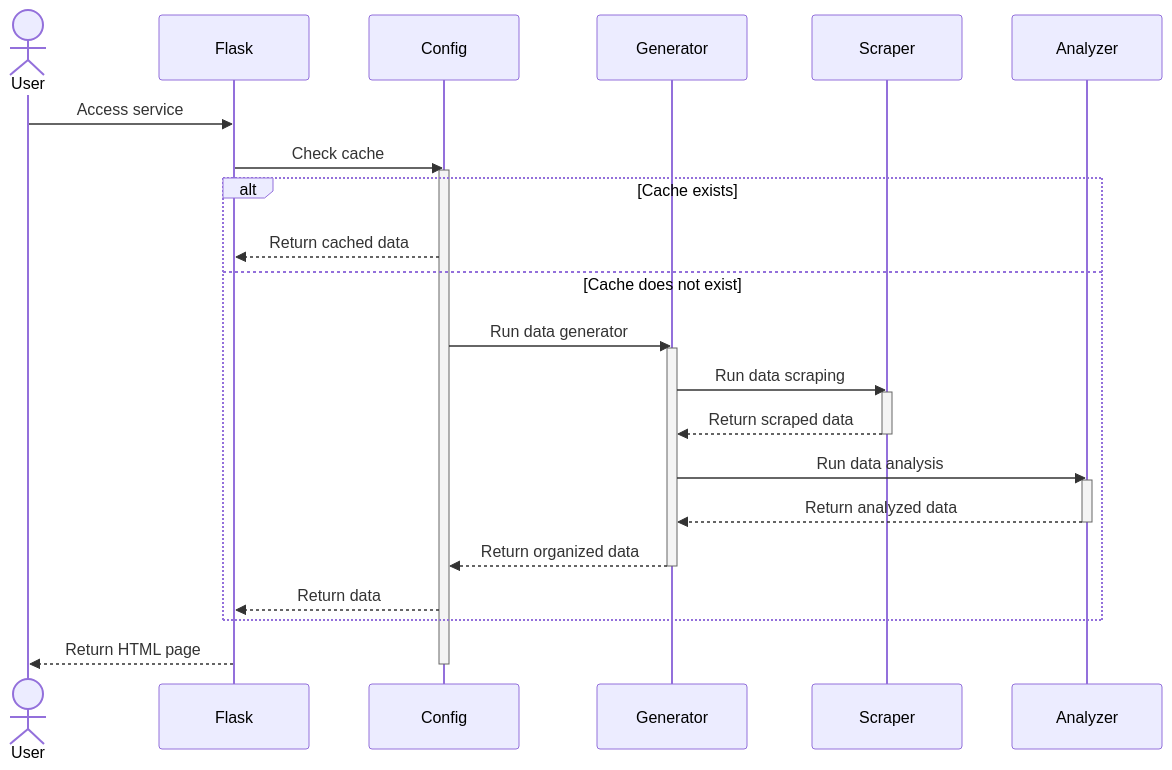
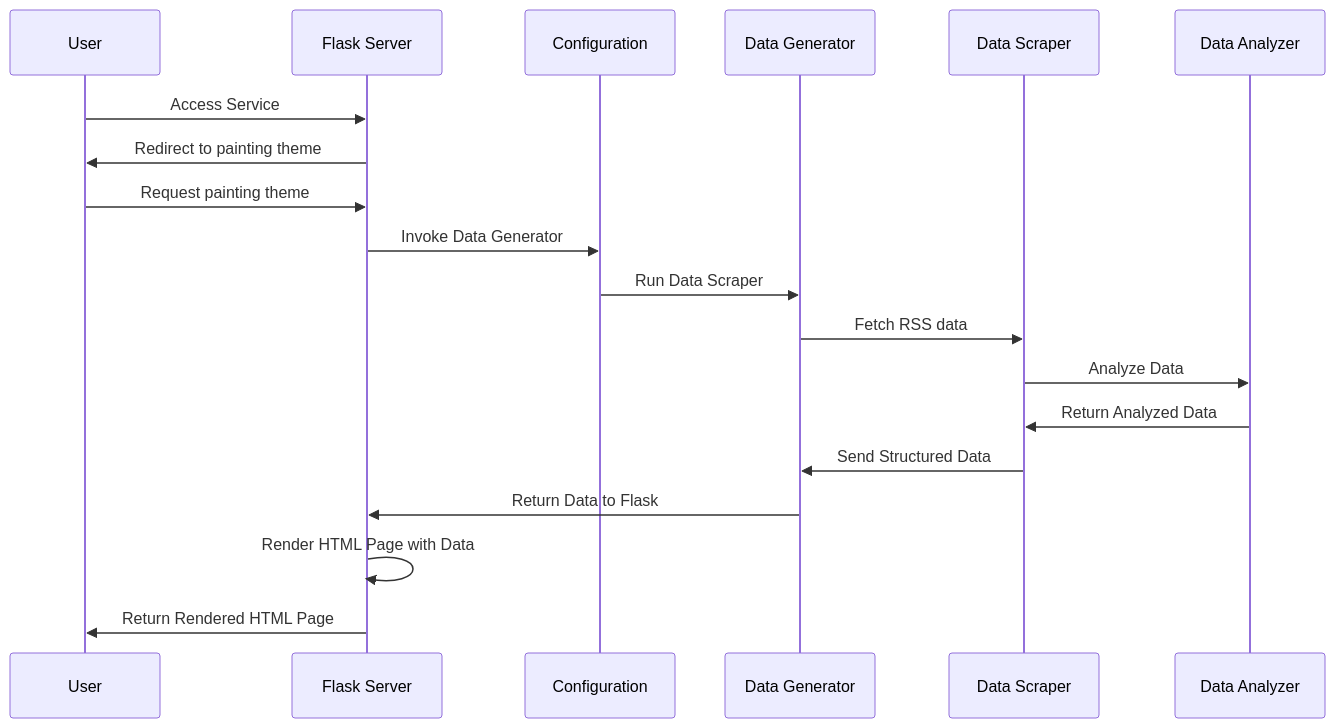
One commit to SevenWate/EndOfYear changed the first of 2 diagrams in README.md. Above: the diagram before and after it, drawn with Mermaid. The commit also changed other lines of this file, not shown here.

````diff
--- a/README.md
+++ b/README.md
@@ -79,32 +82,23 @@
 ```mermaid
 sequenceDiagram
-    actor User
-    participant Flask
-    participant Config
-    participant Generator
-    participant Scraper
-    participant Analyzer
+    participant User
+    participant Flask as Flask Server
+    participant Config as Configuration 
+    participant Generator as Data Generator
+    participant Scraper as Data Scraper
+    participant Analyzer as Data Analyzer
 
-    User ->> Flask: Access service
-    Flask ->> Config: Check cache
-    activate Config
-    alt Cache exists
-        Config -->> Flask: Return cached data
-    else Cache does not exist
-        Config ->> Generator: Run data generator
-        activate Generator
-        Generator ->> Scraper: Run data scraping
-        activate Scraper
-        Scraper -->> Generator: Return scraped data
-        deactivate Scraper
-        Generator ->> Analyzer: Run data analysis
-        activate Analyzer
-        Analyzer -->> Generator: Return analyzed data
-        deactivate Analyzer
-        Generator -->> Config: Return organized data
-        deactivate Generator
-        Config -->> Flask: Return data
-    end
-    Flask -->> User: Return HTML page
-    deactivate Config
+    User->>Flask: Access Service
+    Flask->>User: Redirect to painting theme
+    User->>Flask: Request painting theme
+    Flask->>Config: Invoke Data Generator
+    Config->>Generator: Run Data Scraper
+    Generator->>Scraper: Fetch RSS data
+    Scraper->>Analyzer: Analyze Data
+    Analyzer->>Scraper: Return Analyzed Data
+    Scraper->>Generator: Send Structured Data
+    Generator->>Flask: Return Data to Flask
+    Flask->>Flask: Render HTML Page with Data
+    Flask->>User: Return Rendered HTML Page
+
 ```
````
